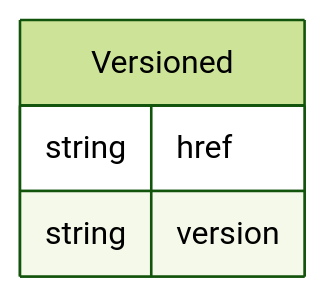
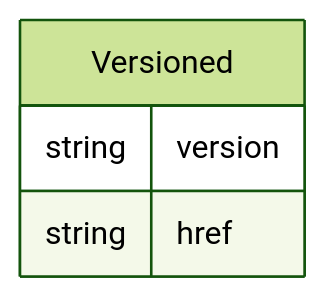
The diagram in docs/classes/Versioned.md (cdisc-org/DataExchange-DDS), drawn with Mermaid (forest theme) before and after one commit. The commit also changed other lines of this file and 313 other files, not shown here.

````diff
--- a/docs/classes/Versioned.md
+++ b/docs/classes/Versioned.md
@@ -20,10 +15,10 @@
 ```mermaid
 erDiagram
 Versioned {
+    string version  
     string href  
-    string version  
 }
 
 
 
 ```
````
